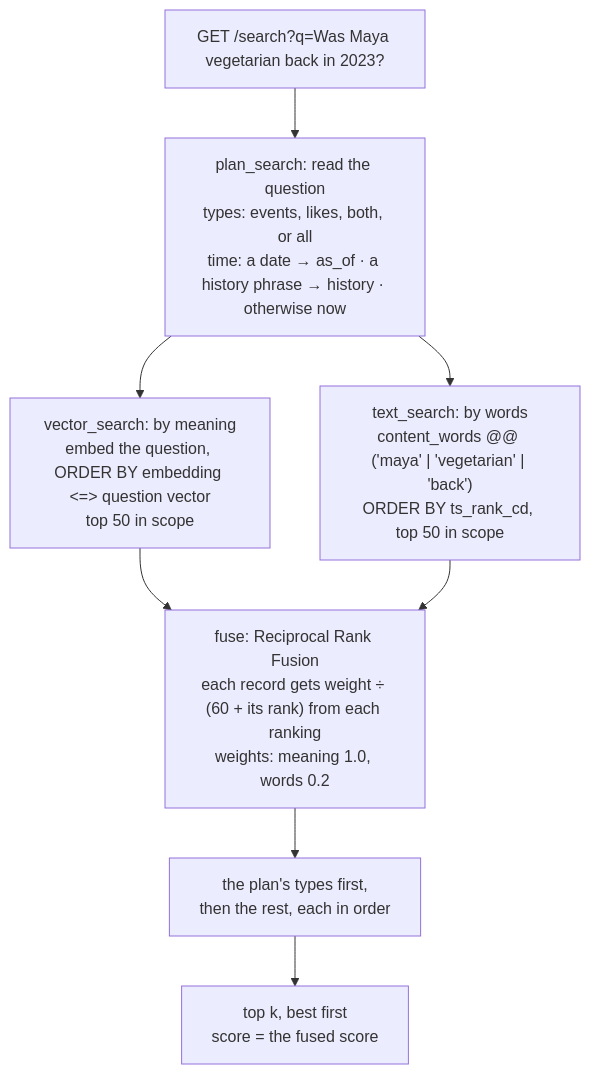
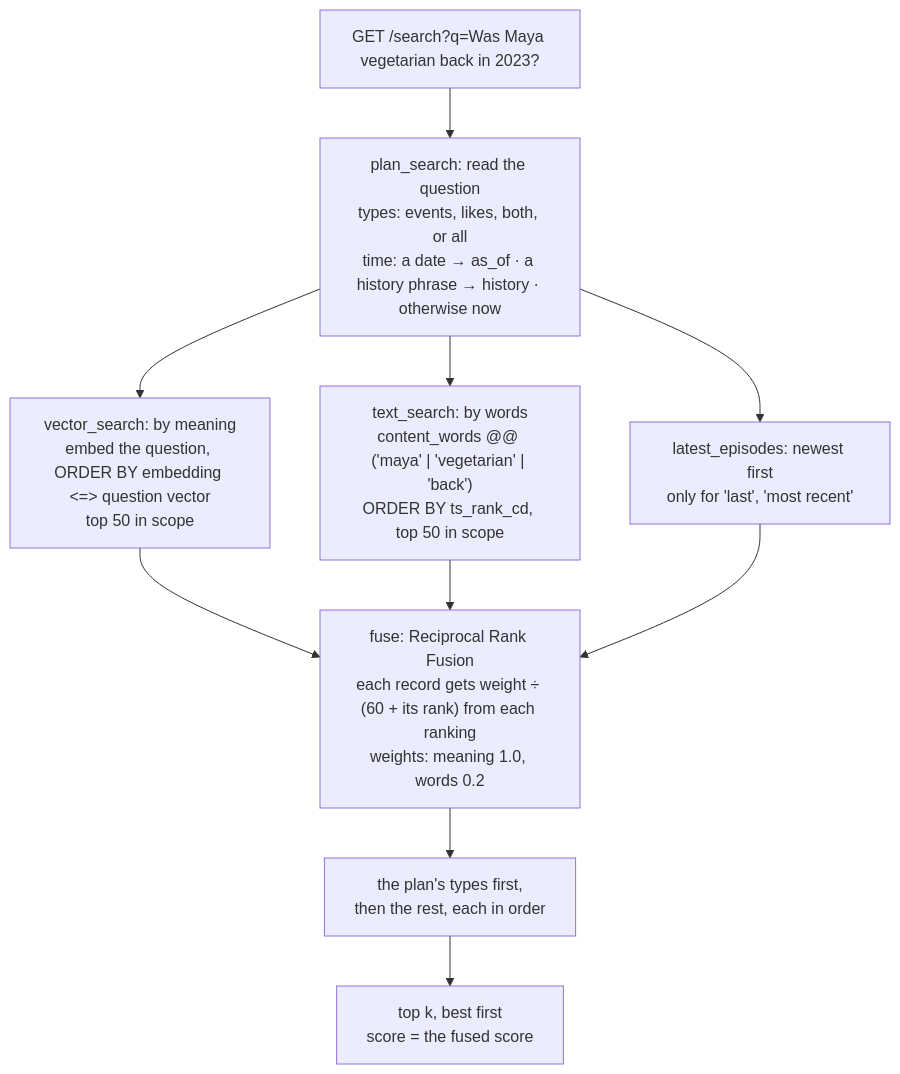
One commit to ZiadHendawy/mutable changed diagram 17 of 24 in docs/design.md. Above: the diagram before and after it, drawn with Mermaid. The commit also changed other lines of this file and 5 other files, not shown here.

First line of the commit message:
M4 step 8: episode dates, "in October 2025" and "most recent"

````diff
--- a/docs/design.md
+++ b/docs/design.md
@@ -947,10 +950,12 @@
 ```mermaid
 flowchart TD
     q["GET /search?q=Was Maya vegetarian back in 2023?"] --> p["plan_search: read the question<br/>types: events, likes, both, or all<br/>time: a date → as_of · a history phrase → history · otherwise now"]
     p --> v["vector_search: by meaning<br/>embed the question, ORDER BY embedding <=> question vector<br/>top 50 in scope"]
     p --> t["text_search: by words<br/>content_words @@ ('maya' | 'vegetarian' | 'back')<br/>ORDER BY ts_rank_cd, top 50 in scope"]
     v --> f["fuse: Reciprocal Rank Fusion<br/>each record gets weight ÷ (60 + its rank) from each ranking<br/>weights: meaning 1.0, words 0.2"]
     t --> f
+    p --> l["latest_episodes: newest first<br/>only for 'last', 'most recent'"]
+    l --> f
     f --> first["the plan's types first,<br/>then the rest, each in order"]
     first --> out["top k, best first<br/>score = the fused score"]
 ```
````
